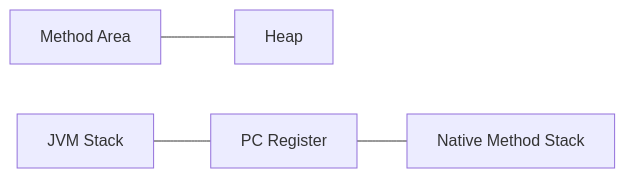
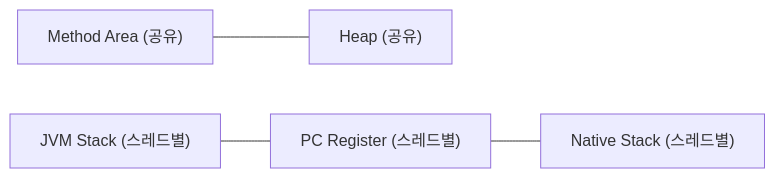
One commit to yjkim2015/yjkim2015.github.io changed the third of 5 diagrams in _posts/java/2026-05-02-jvm-architecture.md. Above: the diagram before and after it, drawn with Mermaid. The commit also changed other lines of this file and 4 other files, not shown here.

````diff
--- a/_posts/java/2026-05-02-jvm-architecture.md
+++ b/_posts/java/2026-05-02-jvm-architecture.md
@@ -261,6 +389,6 @@
 ```mermaid
-flowchart LR
-    MA["Method Area"] --- HP["Heap"]
-    ST["JVM Stack"] --- PC["PC Register"]
-    PC --- NS["Native Method Stack"]
+graph LR
+    MA["Method Area (공유)"] --- HP["Heap (공유)"]
+    ST["JVM Stack (스레드별)"] --- PC["PC Register (스레드별)"]
+    PC --- NS["Native Stack (스레드별)"]
 ```
````
